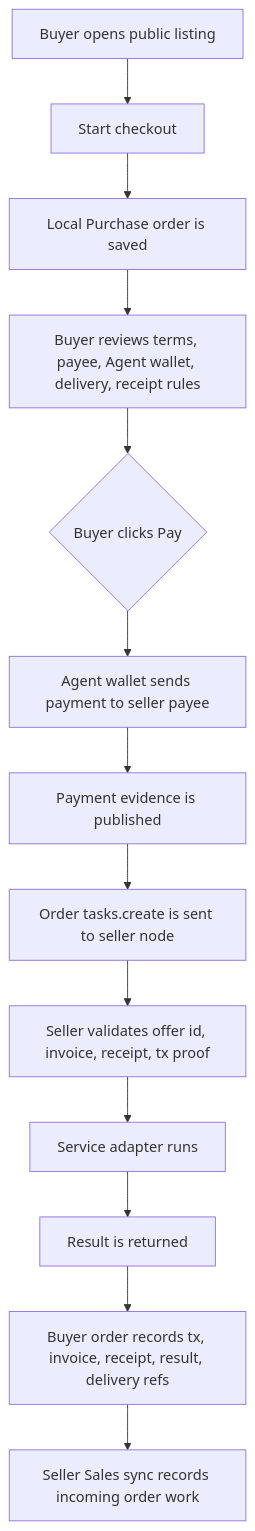
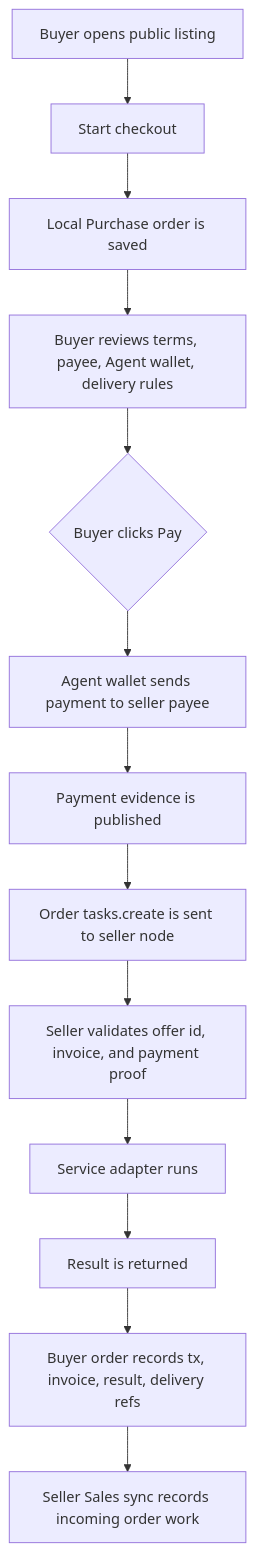
Before and after one commit to fased-ai/fased: the diagram in docs/start/offers-marketplace.md, drawn with Mermaid. The commit also changed other lines of this file and 6 other files, not shown here.

````diff
--- a/docs/start/offers-marketplace.md
+++ b/docs/start/offers-marketplace.md
@@ -128,15 +128,15 @@
 ```mermaid
 flowchart TD
   A[Buyer opens public listing] --> B[Start checkout]
   B --> C[Local Purchase order is saved]
-  C --> D[Buyer reviews terms, payee, Agent wallet, delivery, receipt rules]
+  C --> D[Buyer reviews terms, payee, Agent wallet, delivery rules]
   D --> E{Buyer clicks Pay}
   E --> F[Agent wallet sends payment to seller payee]
   F --> G[Payment evidence is published]
   G --> H[Order tasks.create is sent to seller node]
-  H --> I[Seller validates offer id, invoice, receipt, tx proof]
+  H --> I[Seller validates offer id, invoice, and payment proof]
   I --> J[Service adapter runs]
   J --> K[Result is returned]
-  K --> L[Buyer order records tx, invoice, receipt, result, delivery refs]
+  K --> L[Buyer order records tx, invoice, result, delivery refs]
   L --> M[Seller Sales sync records incoming order work]
 ```
````
